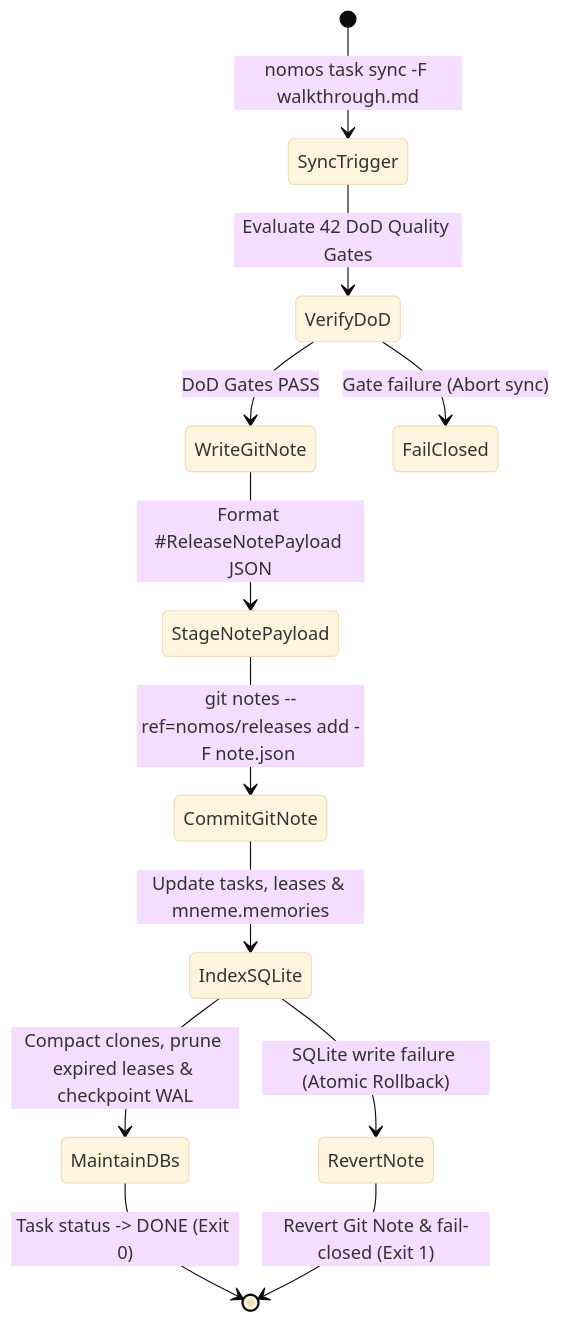
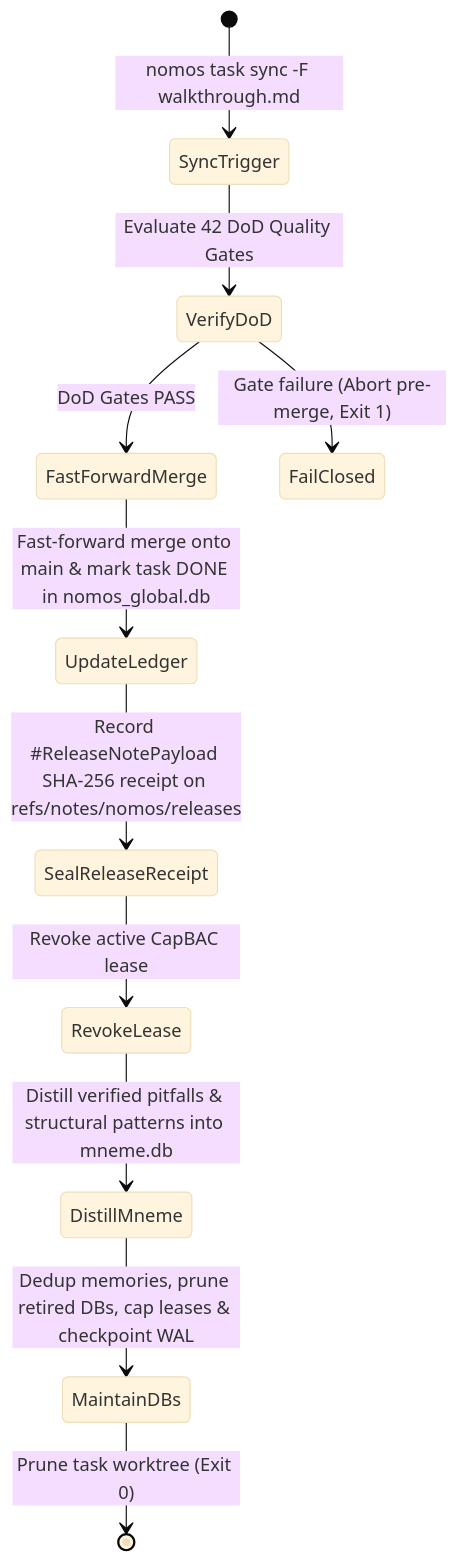
Before and after one commit to mgantlett/nomos: the diagram in intent/architecture/specs/substrate/database_and_git_notes_schema_spec.md, drawn with Mermaid (base theme). The commit also changed other lines of this file and 2 other files, not shown here.

````diff
--- a/intent/architecture/specs/substrate/database_and_git_notes_schema_spec.md
+++ b/intent/architecture/specs/substrate/database_and_git_notes_schema_spec.md
@@ -169,21 +170,16 @@
 ```mermaid
 stateDiagram-v2
     [*] --> SyncTrigger: nomos task sync -F walkthrough.md
     SyncTrigger --> VerifyDoD: Evaluate 42 DoD Quality Gates
-    
+
     state VerifyDoD <<choice>>
-    VerifyDoD --> WriteGitNote: DoD Gates PASS
-    VerifyDoD --> FailClosed: Gate failure (Abort sync)
+    VerifyDoD --> FastForwardMerge: DoD Gates PASS
+    VerifyDoD --> FailClosed: Gate failure (Abort pre-merge, Exit 1)
 
-    WriteGitNote --> StageNotePayload: Format #ReleaseNotePayload JSON
-    StageNotePayload --> CommitGitNote: git notes --ref=nomos/releases add -F note.json <commit_sha>
-    
-    CommitGitNote --> IndexSQLite: Update tasks, leases & mneme.memories
-    
-    state IndexSQLite <<choice>>
-    IndexSQLite --> MaintainDBs: Compact clones, prune expired leases & checkpoint WAL
-    IndexSQLite --> RevertNote: SQLite write failure (Atomic Rollback)
-
-    MaintainDBs --> [*]: Task status -> DONE (Exit 0)
-    RevertNote --> [*]: Revert Git Note & fail-closed (Exit 1)
+    FastForwardMerge --> UpdateLedger: Fast-forward merge onto main & mark task DONE in nomos_global.db
+    UpdateLedger --> SealReleaseReceipt: Record #ReleaseNotePayload SHA-256 receipt on refs/notes/nomos/releases
+    SealReleaseReceipt --> RevokeLease: Revoke active CapBAC lease
+    RevokeLease --> DistillMneme: Distill verified pitfalls & structural patterns into mneme.db
+    DistillMneme --> MaintainDBs: Dedup memories, prune retired DBs, cap leases & checkpoint WAL
+    MaintainDBs --> [*]: Prune task worktree (Exit 0)
 ```
````
